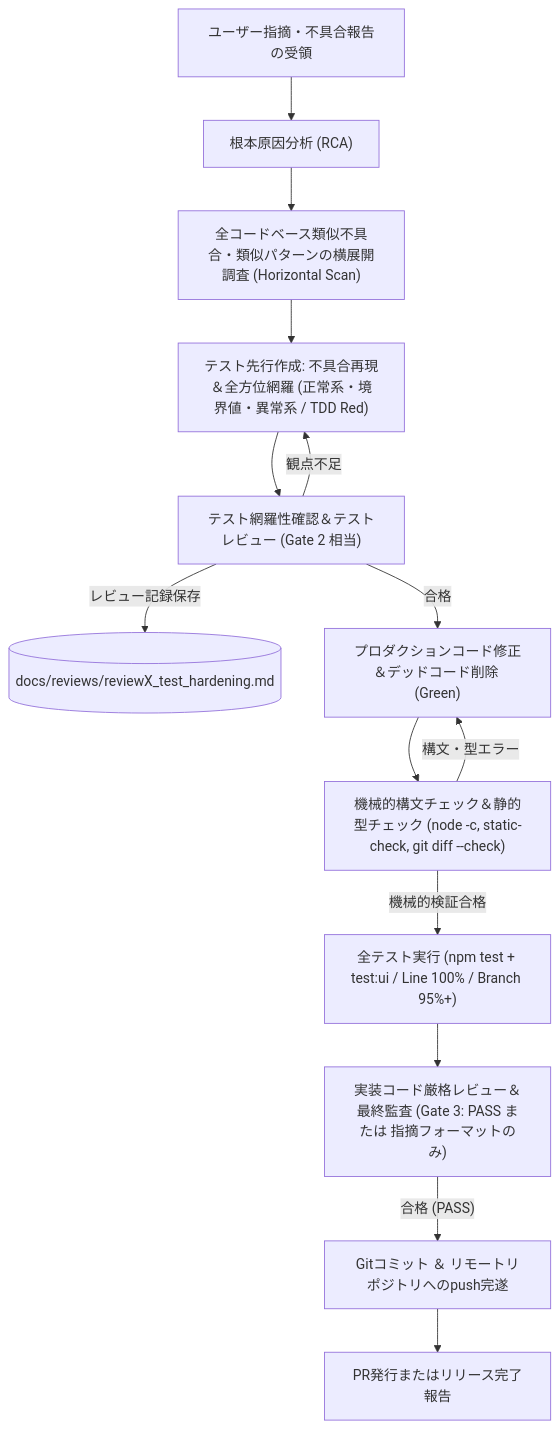
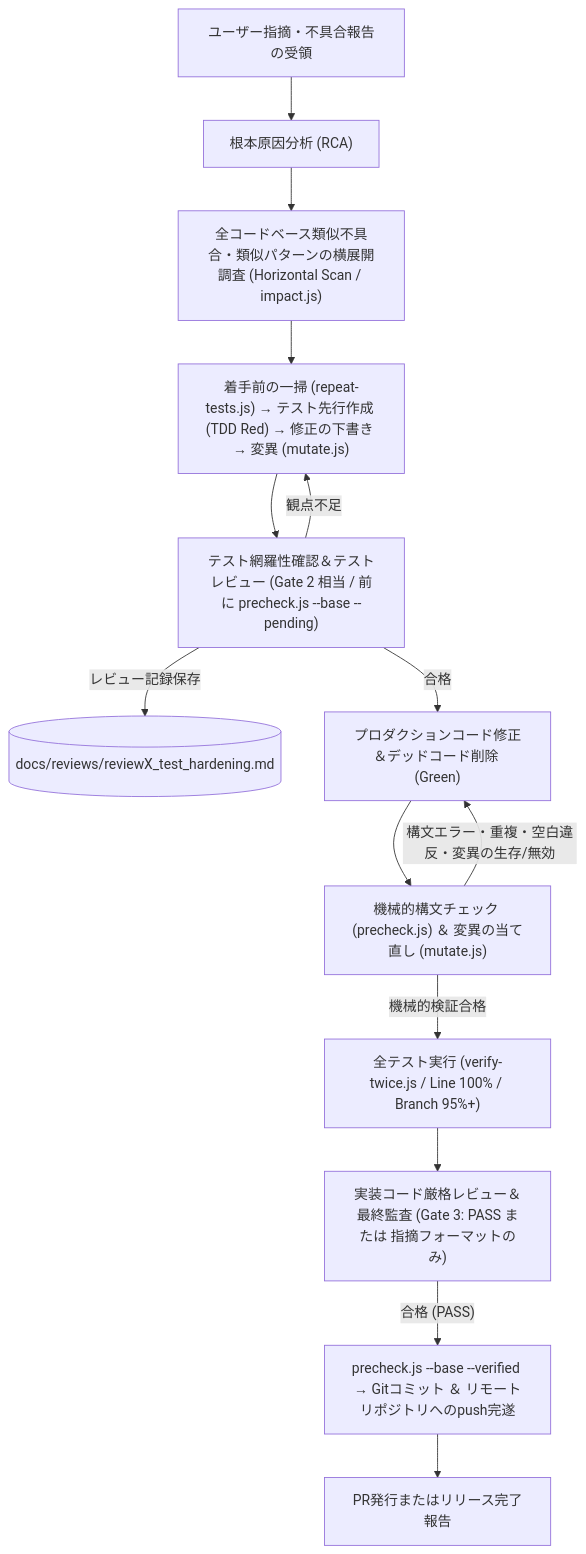
One commit to tekuteku-life/kogaidocs changed the second of 2 diagrams in docs/development_process.md. Above: the diagram before and after it, drawn with Mermaid. The commit also changed other lines of this file and 30 other files, not shown here.

````diff
--- a/docs/development_process.md
+++ b/docs/development_process.md
@@ -74,16 +78,16 @@
 ```mermaid
 flowchart TD
 	U1["ユーザー指摘・不具合報告の受領"] --> U2["根本原因分析 (RCA)"]
-	U2 --> U3["全コードベース類似不具合・類似パターンの横展開調査 (Horizontal Scan)"]
-	U3 --> U4["テスト先行作成: 不具合再現＆全方位網羅 (正常系・境界値・異常系 / TDD Red)"]
-	U4 --> U5["テスト網羅性確認＆テストレビュー (Gate 2 相当)"]
+	U2 --> U3["全コードベース類似不具合・類似パターンの横展開調査 (Horizontal Scan / impact.js)"]
+	U3 --> U4["着手前の一掃 (repeat-tests.js) → テスト先行作成 (TDD Red) → 修正の下書き → 変異 (mutate.js)"]
+	U4 --> U5["テスト網羅性確認＆テストレビュー (Gate 2 相当 / 前に precheck.js --base --pending)"]
 	U5 -->|レビュー記録保存| D4[("docs/reviews/reviewX_test_hardening.md")]
 	U5 -- "観点不足" --> U4
 	U5 -- "合格" --> U6["プロダクションコード修正＆デッドコード削除 (Green)"]
-	U6 --> U7["機械的構文チェック＆静的型チェック (node -c, static-check, git diff --check)"]
-	U7 -- "構文・型エラー" --> U6
-	U7 -- "機械的検証合格" --> U8["全テスト実行 (npm test + test:ui / Line 100% / Branch 95%+)"]
+	U6 --> U7["機械的構文チェック (precheck.js) ＆ 変異の当て直し (mutate.js)"]
+	U7 -- "構文エラー・重複・空白違反・変異の生存/無効" --> U6
+	U7 -- "機械的検証合格" --> U8["全テスト実行 (verify-twice.js / Line 100% / Branch 95%+)"]
 	U8 --> U9["実装コード厳格レビュー＆最終監査 (Gate 3: PASS または 指摘フォーマットのみ)"]
-	U9 -- "合格 (PASS)" --> U10["Gitコミット ＆ リモートリポジトリへのpush完遂"]
+	U9 -- "合格 (PASS)" --> U10["precheck.js --base --verified → Gitコミット ＆ リモートリポジトリへのpush完遂"]
 	U10 --> U11["PR発行またはリリース完了報告"]
 ```
````
